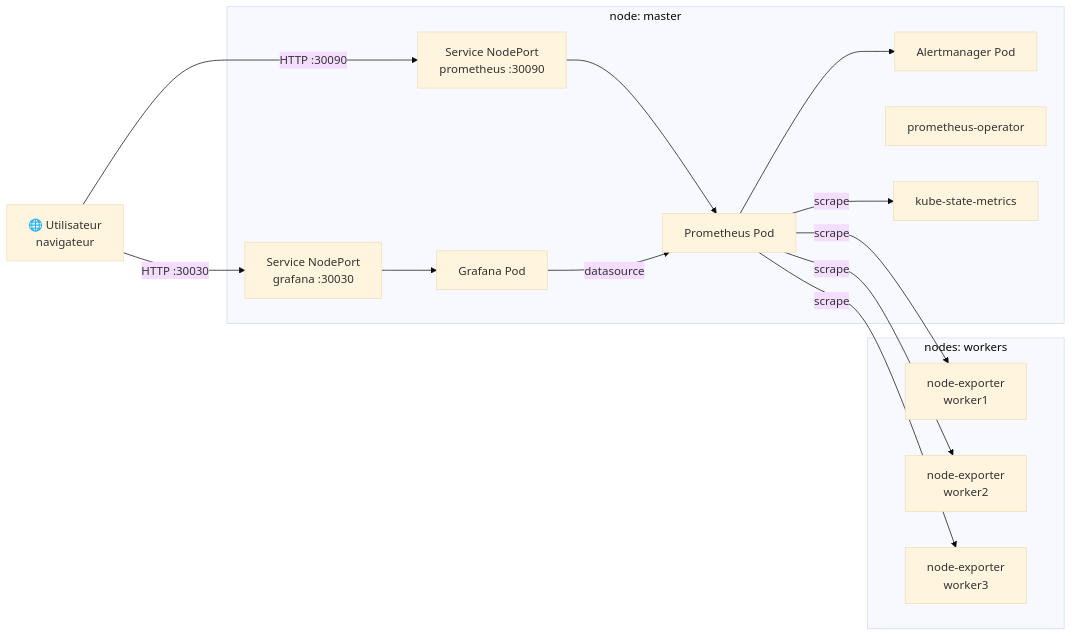
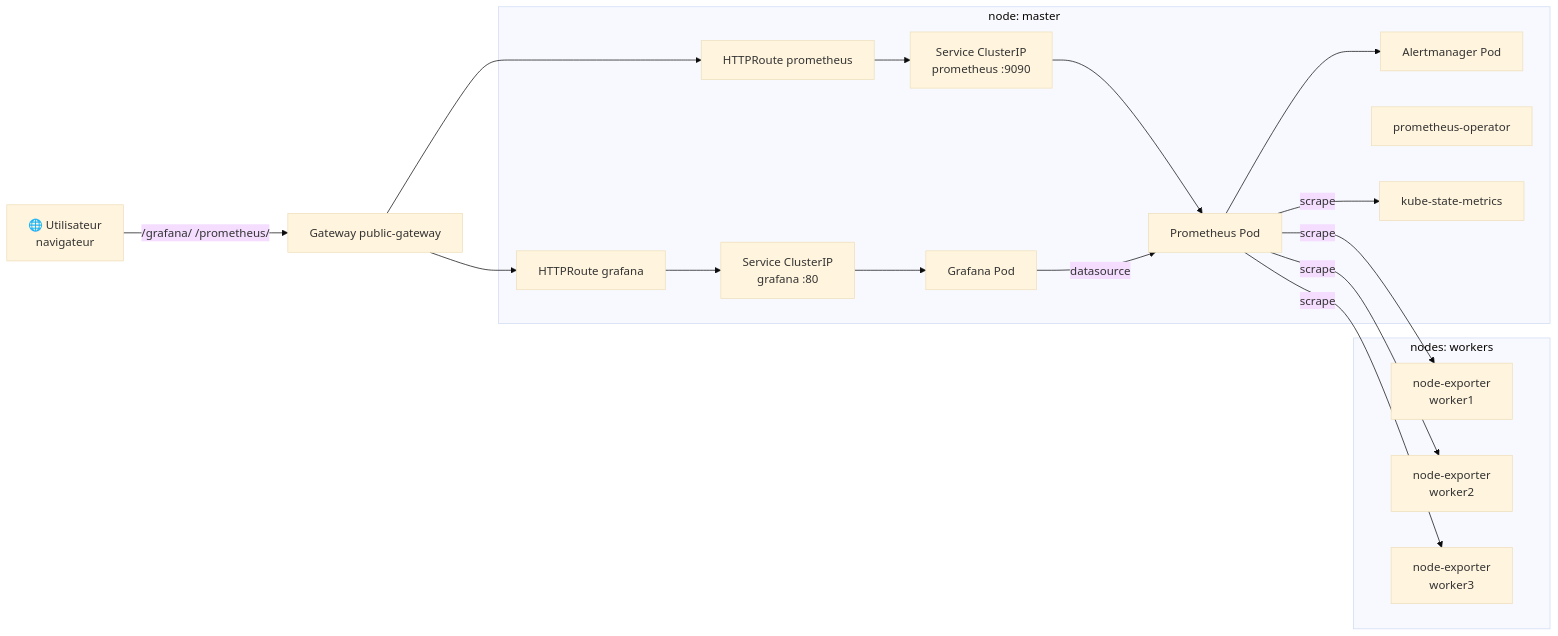
One commit to PikPakPik/T-CLO-902-NAN_1 changed the diagram in docs/monitoring.md. Above: the diagram before and after it, drawn with Mermaid (base theme). The commit also changed other lines of this file and 23 other files, not shown here.

First line of the commit message:
feat(deployment): add comprehensive deployment playbook for Kubernetes cluster, Gateway, monitoring stack, and Headlamp

````diff
--- a/docs/monitoring.md
+++ b/docs/monitoring.md
@@ -7,30 +7,31 @@
 ```mermaid
 flowchart LR
-    user[🌐 Utilisateur\nnavigateur] -->|HTTP :30030| grafanaSvc
-    user -->|HTTP :30090| promSvc
+    user[🌐 Utilisateur\nnavigateur] -->|/grafana/ /prometheus/| gw
+    gw[Gateway public-gateway] --> grafanaRoute[HTTPRoute grafana]
+    gw --> promRoute[HTTPRoute prometheus]
 
     subgraph master[node: master]
-        grafanaSvc[Service NodePort\ngrafana :30030]
-        promSvc[Service NodePort\nprometheus :30090]
+        grafanaSvc[Service ClusterIP\ngrafana :80]
+        promSvc[Service ClusterIP\nprometheus :9090]
         grafana[Grafana Pod]
         prom[Prometheus Pod]
         alert[Alertmanager Pod]
         operator[prometheus-operator]
         ksm[kube-state-metrics]
-        grafanaSvc --> grafana
-        promSvc --> prom
+        grafanaRoute --> grafanaSvc --> grafana
+        promRoute --> promSvc --> prom
     end
 
     subgraph workers[nodes: workers]
         ne1[node-exporter\nworker1]
         ne2[node-exporter\nworker2]
         ne3[node-exporter\nworker3]
     end
 
     prom -->|scrape| ne1
     prom -->|scrape| ne2
     prom -->|scrape| ne3
     prom -->|scrape| ksm
     grafana -->|datasource| prom
     prom --> alert
 ```
````
